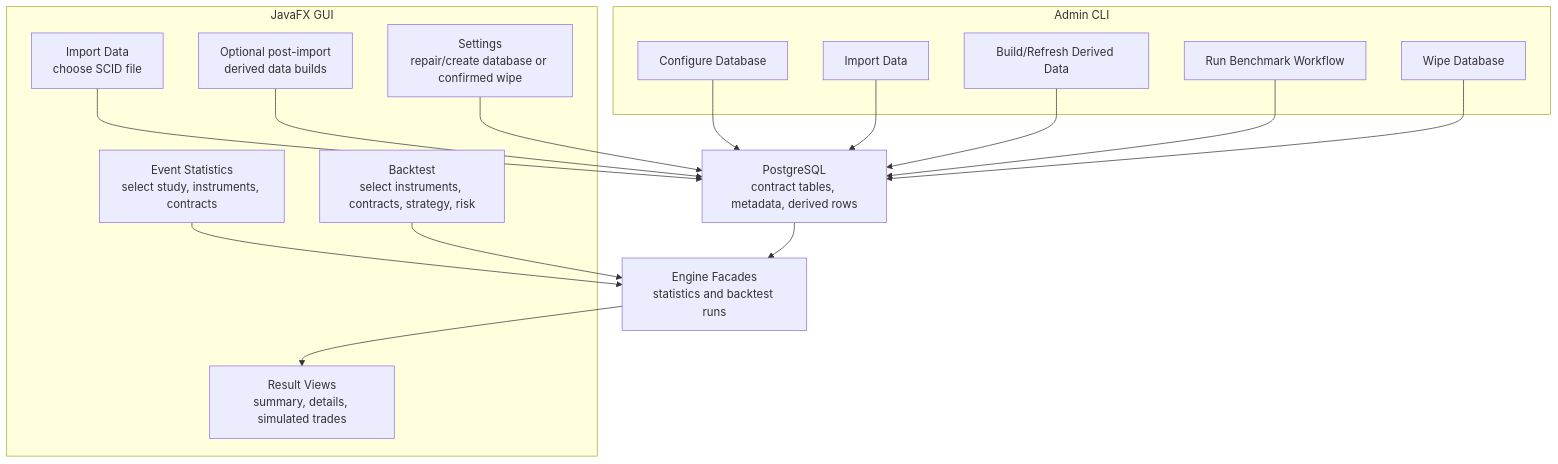
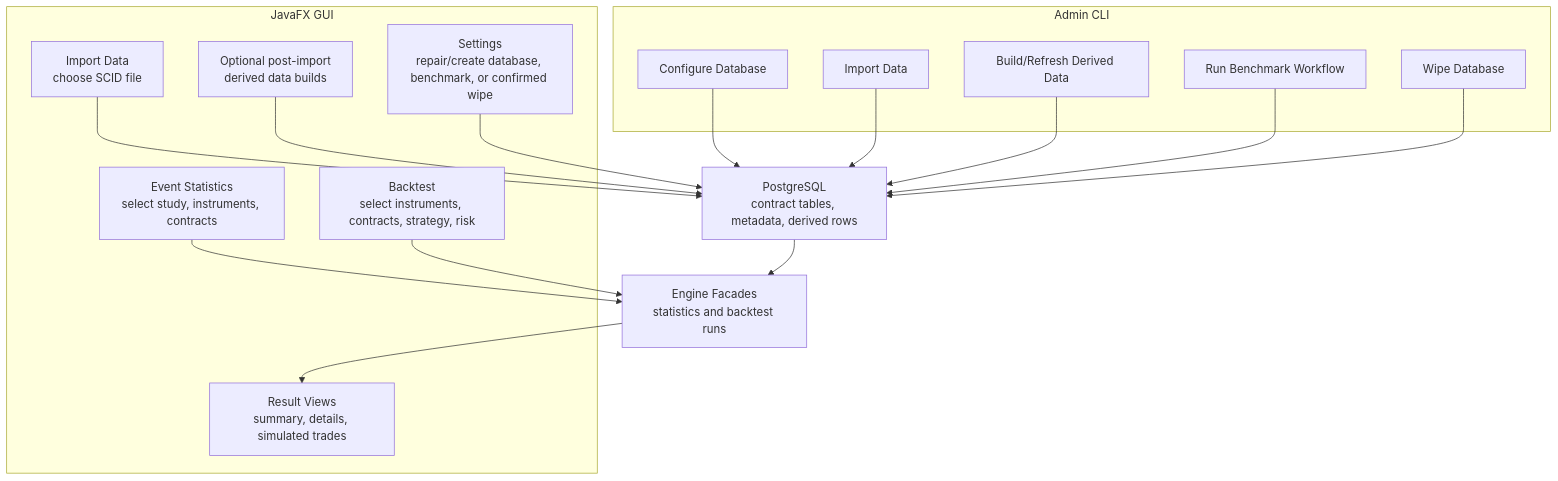
The first of 3 diagrams in docs/diagrams/workflow-sequences.md (probst-paul/FORGE), drawn with Mermaid before and after one commit. The commit also changed other lines of this file and 12 other files, not shown here.

````diff
--- a/docs/diagrams/workflow-sequences.md
+++ b/docs/diagrams/workflow-sequences.md
@@ -5,36 +5,36 @@
 ```mermaid
 flowchart TB
     subgraph GUI["JavaFX GUI"]
         G1["Import Data<br/>choose SCID file"]
         G2["Optional post-import<br/>derived data builds"]
         G3["Event Statistics<br/>select study, instruments, contracts"]
         G4["Backtest<br/>select instruments, contracts, strategy, risk"]
         G5["Result Views<br/>summary, details, simulated trades"]
-        G6["Settings<br/>repair/create database or confirmed wipe"]
+        G6["Settings<br/>repair/create database, benchmark, or confirmed wipe"]
     end
 
     subgraph CLI["Admin CLI"]
         C1["Configure Database"]
         C2["Import Data"]
         C3["Build/Refresh Derived Data"]
         C4["Run Benchmark Workflow"]
         C5["Wipe Database"]
     end
 
     DATA["PostgreSQL<br/>contract tables, metadata, derived rows"]
     ENGINE["Engine Facades<br/>statistics and backtest runs"]
 
     C1 --> DATA
     C2 --> DATA
     C3 --> DATA
     C4 --> DATA
     C5 --> DATA
 
     G1 --> DATA
     G2 --> DATA
     G3 --> ENGINE
     G4 --> ENGINE
     G6 --> DATA
     DATA --> ENGINE
     ENGINE --> G5
 ```
````
